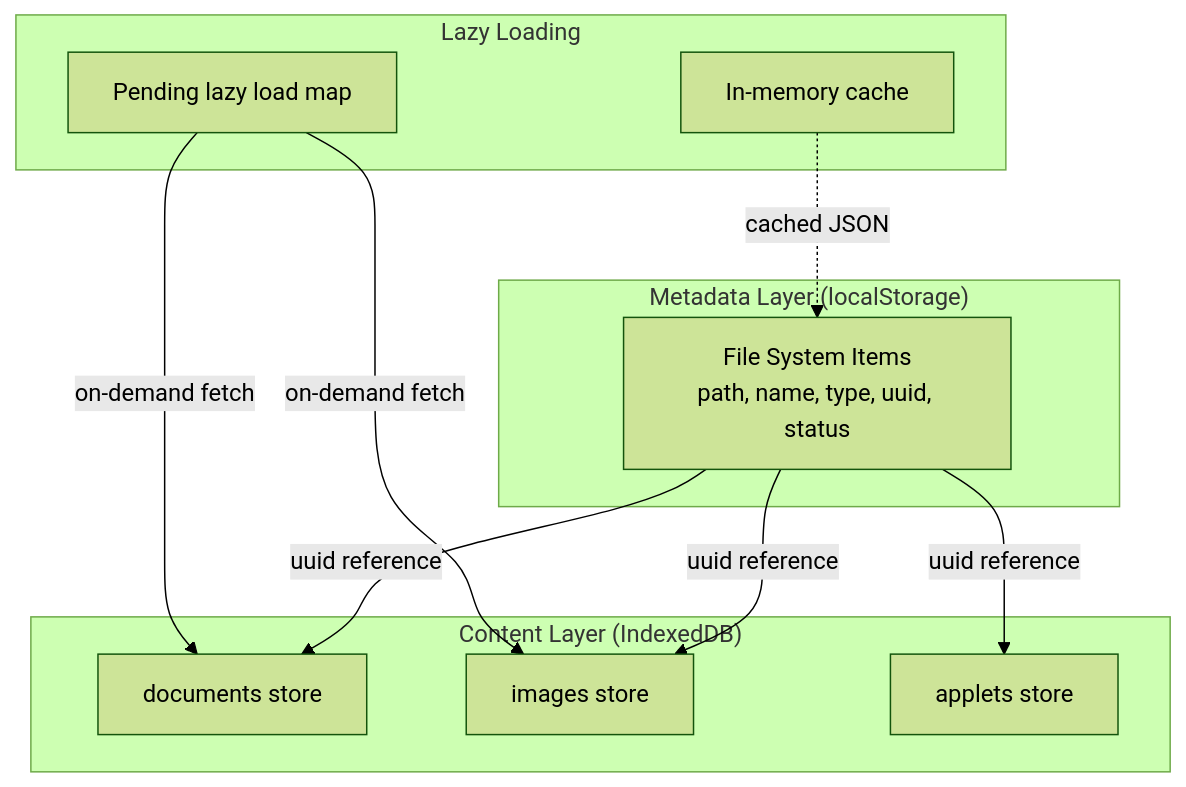
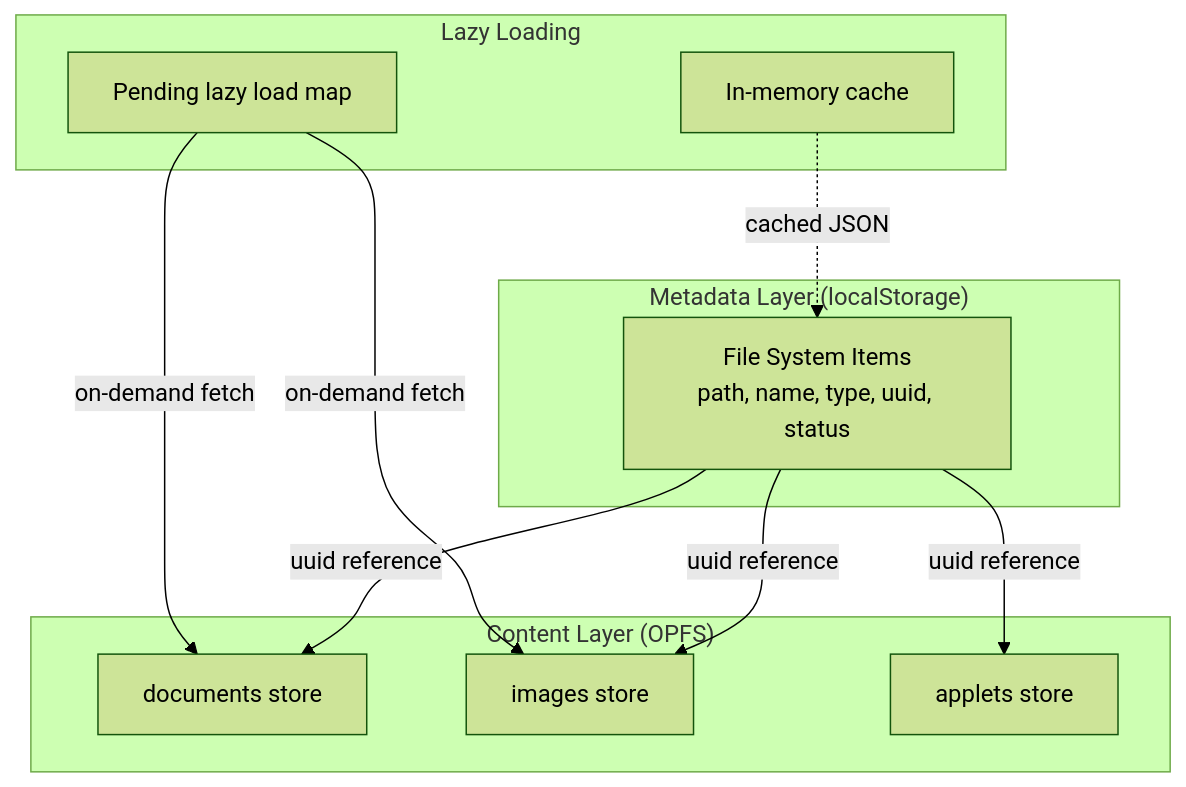
One commit to ryokun6/ryos changed the third of 6 diagrams in docs/3.2-state-management.md. Above: the diagram before and after it, drawn with Mermaid (forest theme). The commit also changed other lines of this file and 18 other files, not shown here.

````diff
--- a/docs/3.2-state-management.md
+++ b/docs/3.2-state-management.md
@@ -261,26 +260,26 @@
 ```mermaid
 flowchart TB
     subgraph "Metadata Layer (localStorage)"
         FS[File System Items<br/>path, name, type, uuid, status]
     end
     
-    subgraph "Content Layer (IndexedDB)"
+    subgraph "Content Layer (OPFS)"
         DOC[documents store]
         IMG[images store]
         APP[applets store]
     end
     
     subgraph "Lazy Loading"
         CACHE[In-memory cache]
         PENDING[Pending lazy load map]
     end
     
     FS -->|uuid reference| DOC
     FS -->|uuid reference| IMG
     FS -->|uuid reference| APP
     
     PENDING -->|on-demand fetch| DOC
     PENDING -->|on-demand fetch| IMG
     
     CACHE -.->|cached JSON| FS
 ```
````
